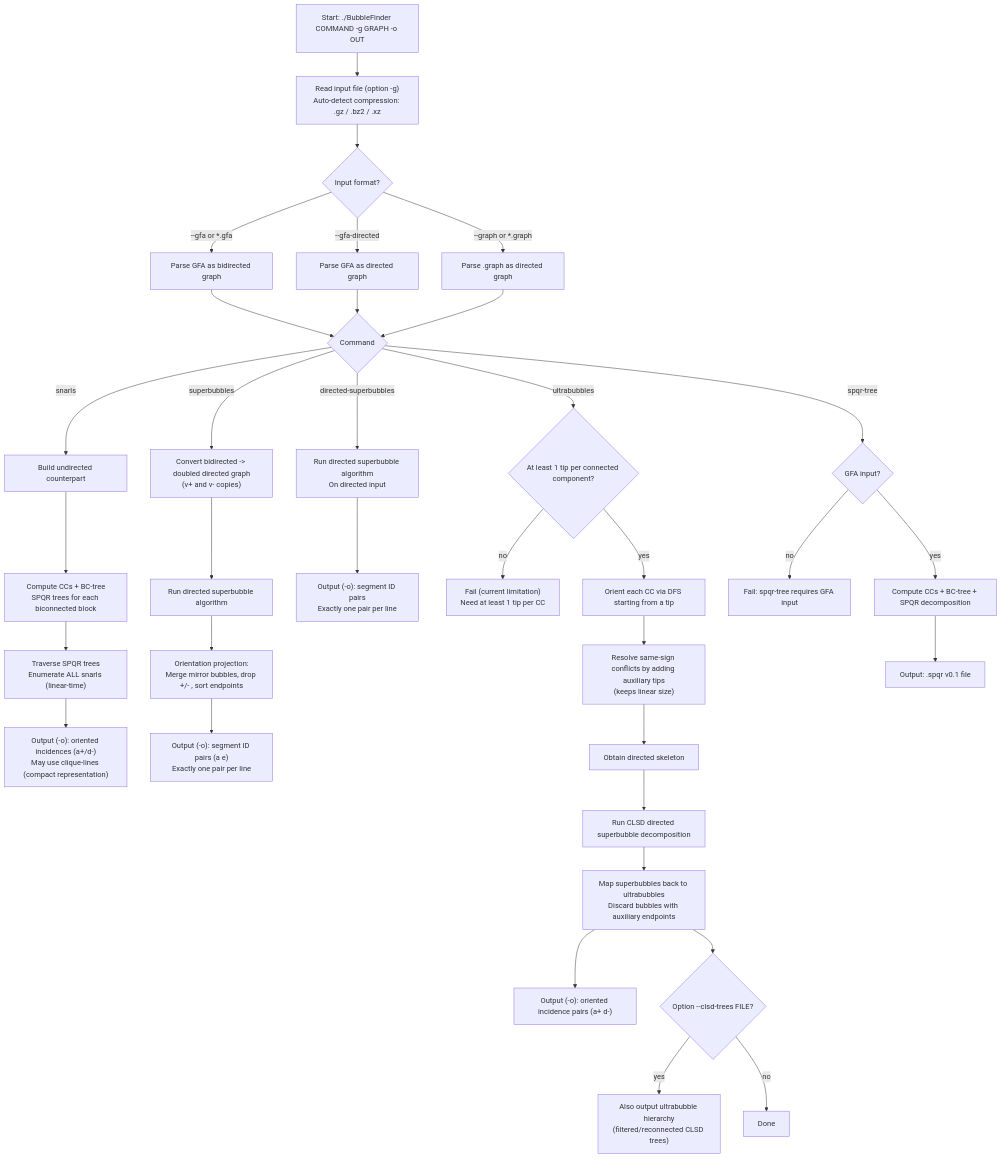
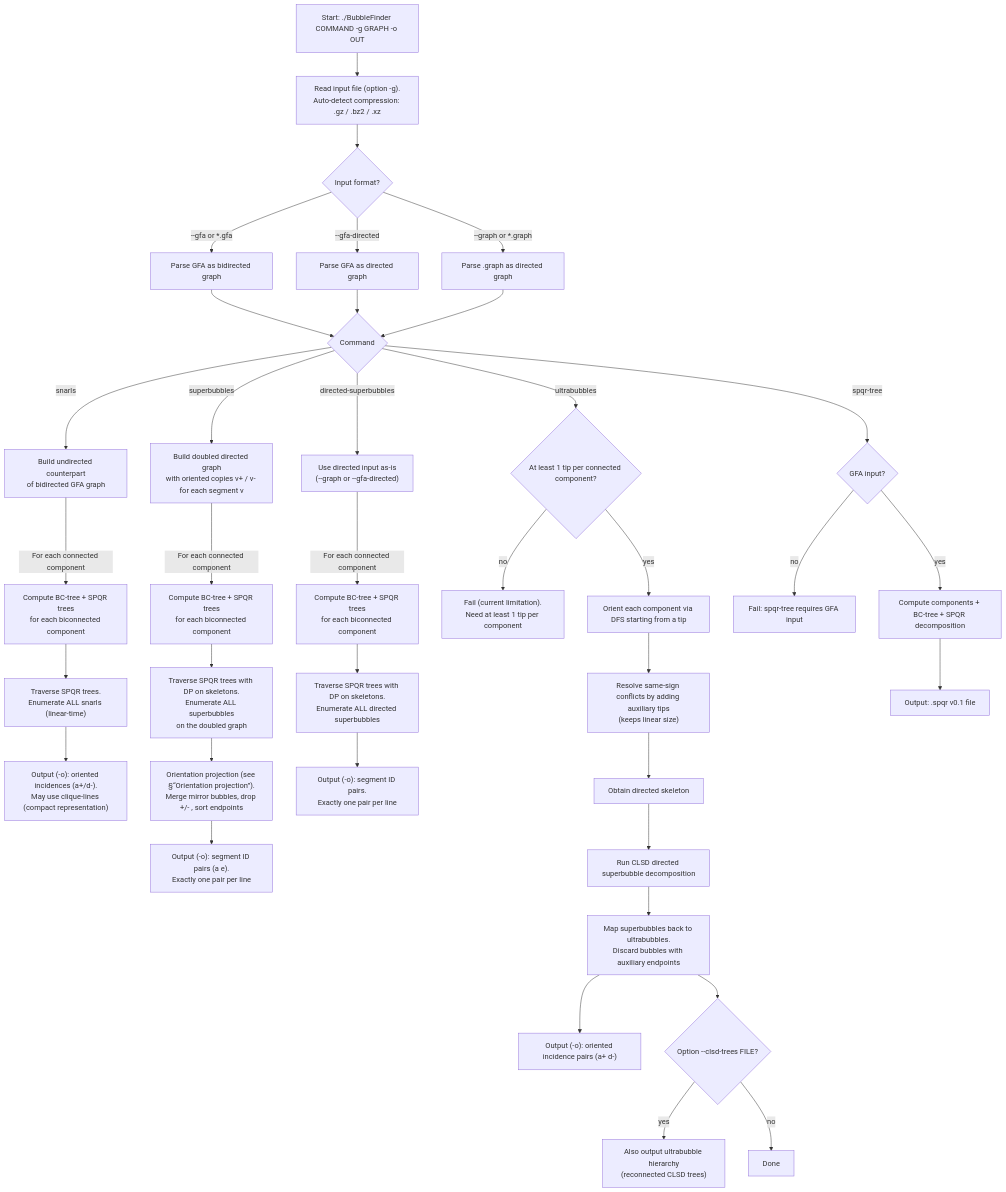
Before and after one commit to algbio/BubbleFinder: the diagram in README.md, drawn with Mermaid. The commit also changed other lines of this file, not shown here.

Commit message:
Update warning message for ultrabubbles requirement
Some fixs from @fmesena

````diff
--- a/README.md
+++ b/README.md
@@ -75,48 +80,52 @@
 ```mermaid
 flowchart TD
-  A["Start: ./BubbleFinder COMMAND -g GRAPH -o OUT"] --> B["Read input file (option -g)<br>Auto-detect compression: .gz / .bz2 / .xz"]
+  %% POINT D'ENTRÉE GÉNÉRAL
+  A["Start: ./BubbleFinder COMMAND -g GRAPH -o OUT"] --> B["Read input file (option -g).<br>Auto-detect compression: .gz / .bz2 / .xz"]
   B --> C{"Input format?"}
   C -->|"--gfa or *.gfa"| D["Parse GFA as bidirected graph"]
   C -->|"--gfa-directed"| E["Parse GFA as directed graph"]
   C -->|"--graph or *.graph"| F["Parse .graph as directed graph"]
 
-  %% Command selection
+  %% SÉLECTION DE COMMANDE
   D --> G{"Command"}
   E --> G
   F --> G
 
   %% SNARLS
-  G -->|snarls| S1["Build undirected counterpart"]
-  S1 --> S2["Compute CCs + BC-tree<br>SPQR trees for each biconnected block"]
-  S2 --> S3["Traverse SPQR trees<br>Enumerate ALL snarls (linear-time)"]
-  S3 --> S4["Output (-o): oriented incidences (a+/d-)<br>May use clique-lines (compact representation)"]
+  G -->|snarls| S0["Build undirected counterpart<br>of bidirected GFA graph"]
+  S0 -->|"For each connected component"| S1["Compute BC-tree + SPQR trees<br>for each biconnected component"]
+  S1 --> S2["Traverse SPQR trees.<br>Enumerate ALL snarls (linear-time)"]
+  S2 --> S3["Output (-o): oriented incidences (a+/d-).<br>May use clique-lines (compact representation)"]
 
-  %% SUPERBUBBLES (bidirected)
-  G -->|superbubbles| B1["Convert bidirected -> doubled directed graph<br>(v+ and v- copies)"]
-  B1 --> B2["Run directed superbubble algorithm"]
-  B2 --> B3["Orientation projection:<br>Merge mirror bubbles, drop +/- , sort endpoints"]
-  B3 --> B4["Output (-o): segment ID pairs (a e)<br>Exactly one pair per line"]
+  %% SUPERBUBBLES (bidirected GFA -> doubled directed)
+  G -->|superbubbles| SB0["Build doubled directed graph<br>with oriented copies v+ / v- for each segment v"]
+  SB0 -->|"For each connected component"| SB1["Compute BC-tree + SPQR trees<br>for each biconnected component"]
+  SB1 --> SB2["Traverse SPQR trees with DP on skeletons.<br>Enumerate ALL superbubbles<br>on the doubled graph"]
+  SB2 --> SB3["Orientation projection (see §“Orientation projection”).<br>Merge mirror bubbles, drop +/- , sort endpoints"]
+  SB3 --> SB4["Output (-o): segment ID pairs (a e).<br>Exactly one pair per line"]
 
-  %% DIRECTED SUPERBUBBLES
-  G -->|directed-superbubbles| D1["Run directed superbubble algorithm<br>On directed input"]
-  D1 --> D2["Output (-o): segment ID pairs<br>Exactly one pair per line"]
+  %% DIRECTED SUPERBUBBLES (même algo, graphe déjà dirigé)
+  G -->|directed-superbubbles| DSB0["Use directed input as-is<br>(--graph or --gfa-directed)"]
+  DSB0 -->|"For each connected component"| DSB1["Compute BC-tree + SPQR trees<br>for each biconnected component"]
+  DSB1 --> DSB2["Traverse SPQR trees with DP on skeletons.<br>Enumerate ALL directed superbubbles"]
+  DSB2 --> DSB3["Output (-o): segment ID pairs.<br>Exactly one pair per line"]
 
-  %% ULTRABUBBLES
+  %% ULTRABUBBLES (orientation + superbubbles dirigés)
   G -->|ultrabubbles| U0{"At least 1 tip per connected component?"}
-  U0 -->|no| Ufail["Fail (current limitation)<br>Need at least 1 tip per CC"]
-  U0 -->|yes| U1["Orient each CC via DFS starting from a tip"]
+  U0 -->|no| Ufail["Fail (current limitation).<br>Need at least 1 tip per component"]
+  U0 -->|yes| U1["Orient each component via DFS starting from a tip"]
   U1 --> U2["Resolve same-sign conflicts by adding auxiliary tips<br>(keeps linear size)"]
   U2 --> U3["Obtain directed skeleton"]
   U3 --> U4["Run CLSD directed superbubble decomposition"]
-  U4 --> U5["Map superbubbles back to ultrabubbles<br>Discard bubbles with auxiliary endpoints"]
+  U4 --> U5["Map superbubbles back to ultrabubbles.<br>Discard bubbles with auxiliary endpoints"]
   U5 --> U6["Output (-o): oriented incidence pairs (a+ d-)"]
   U5 --> U7{"Option --clsd-trees FILE?"}
-  U7 -->|yes| U8["Also output ultrabubble hierarchy<br>(filtered/reconnected CLSD trees)"]
+  U7 -->|yes| U8["Also output ultrabubble hierarchy<br>(reconnected CLSD trees)"]
   U7 -->|no| End1["Done"]
 
   %% SPQR-TREE OUTPUT
   G -->|spqr-tree| P0{"GFA input?"}
   P0 -->|no| Pfail["Fail: spqr-tree requires GFA input"]
-  P0 -->|yes| P1["Compute CCs + BC-tree + SPQR decomposition"]
+  P0 -->|yes| P1["Compute components + BC-tree + SPQR decomposition"]
   P1 --> P2["Output: .spqr v0.1 file"]
 ```
````
